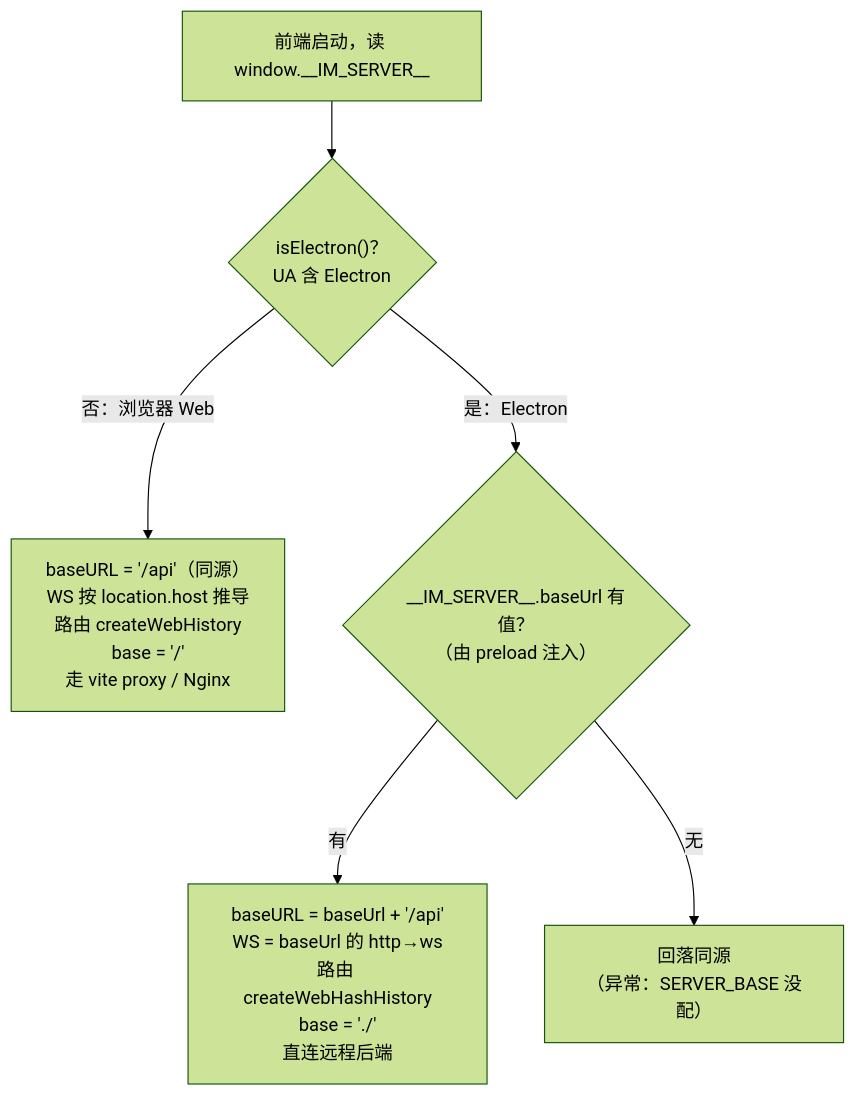
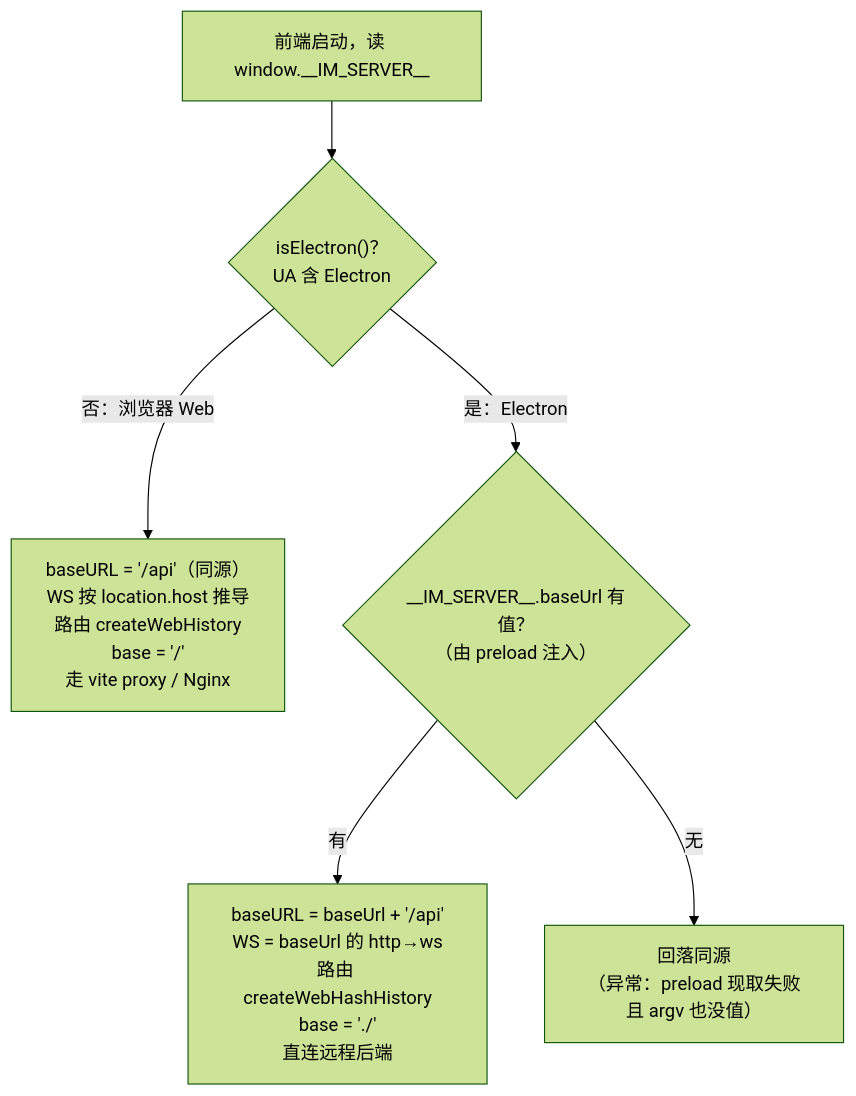
Before and after one commit to zhuxiaoyi412826/Veytalk: the third of 3 diagrams in md/打包/Electron打包指南.md, drawn with Mermaid (forest theme). The commit also changed other lines of this file and 85 other files, not shown here.

````diff
--- a/md/打包/Electron打包指南.md
+++ b/md/打包/Electron打包指南.md
@@ -132,8 +133,8 @@
 ```mermaid
 flowchart TD
     START["前端启动，读 window.__IM_SERVER__"] --> Q1{"isElectron()？<br/>UA 含 Electron"}
     Q1 -->|否：浏览器 Web| W1["baseURL = '/api'（同源）<br/>WS 按 location.host 推导<br/>路由 createWebHistory<br/>base = '/'<br/>走 vite proxy / Nginx"]
     Q1 -->|是：Electron| Q2{"__IM_SERVER__.baseUrl 有值？<br/>（由 preload 注入）"}
     Q2 -->|有| E1["baseURL = baseUrl + '/api'<br/>WS = baseUrl 的 http→ws<br/>路由 createWebHashHistory<br/>base = './'<br/>直连远程后端"]
-    Q2 -->|无| E2["回落同源<br/>（异常：SERVER_BASE 没配）"]
+    Q2 -->|无| E2["回落同源<br/>（异常：preload 现取失败且 argv 也没值）"]
 ```
````
